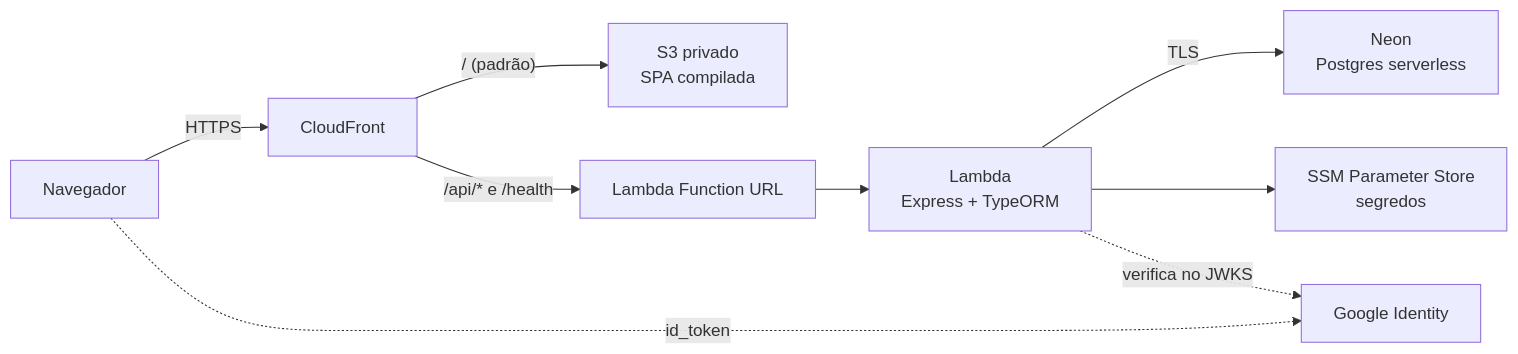
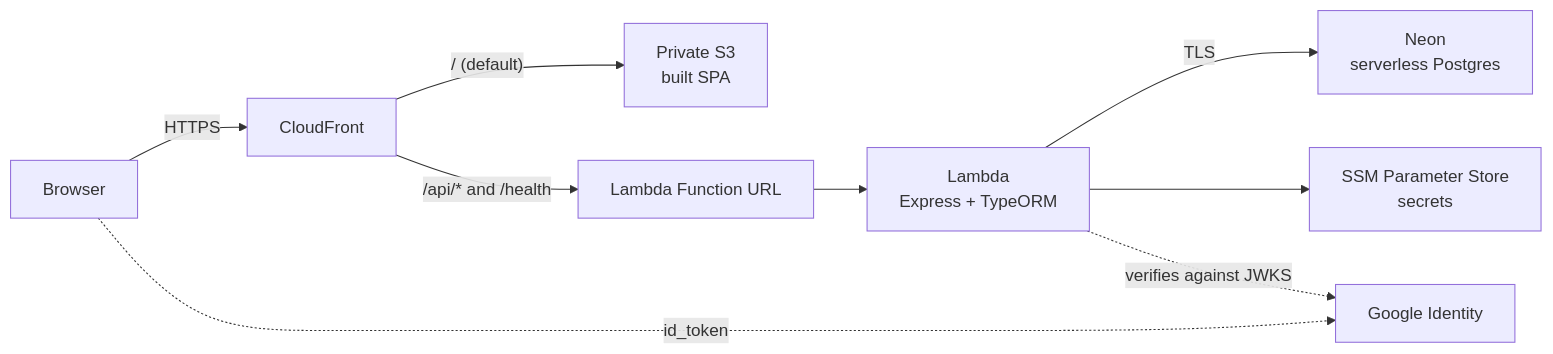
The diagram in README.md (joaolaureano/cineclube), drawn with Mermaid before and after one commit. The commit also changed other lines of this file and 2 other files, not shown here.

First line of the commit message:
Make English the default README (README.md), Portuguese in README.pt-BR.md

````diff
--- a/README.md
+++ b/README.md
@@ -37,11 +37,11 @@
 ```mermaid
 graph LR
-    U["Navegador"] -->|HTTPS| CF["CloudFront"]
-    CF -->|"/ (padrão)"| S3["S3 privado<br/>SPA compilada"]
-    CF -->|"/api/* e /health"| FU["Lambda Function URL"]
+    U["Browser"] -->|HTTPS| CF["CloudFront"]
+    CF -->|"/ (default)"| S3["Private S3<br/>built SPA"]
+    CF -->|"/api/* and /health"| FU["Lambda Function URL"]
     FU --> L["Lambda<br/>Express + TypeORM"]
-    L -->|TLS| N["Neon<br/>Postgres serverless"]
-    L --> SSM["SSM Parameter Store<br/>segredos"]
+    L -->|TLS| N["Neon<br/>serverless Postgres"]
+    L --> SSM["SSM Parameter Store<br/>secrets"]
     U -.->|id_token| G["Google Identity"]
-    L -.->|verifica no JWKS| G
+    L -.->|verifies against JWKS| G
 ```
````
